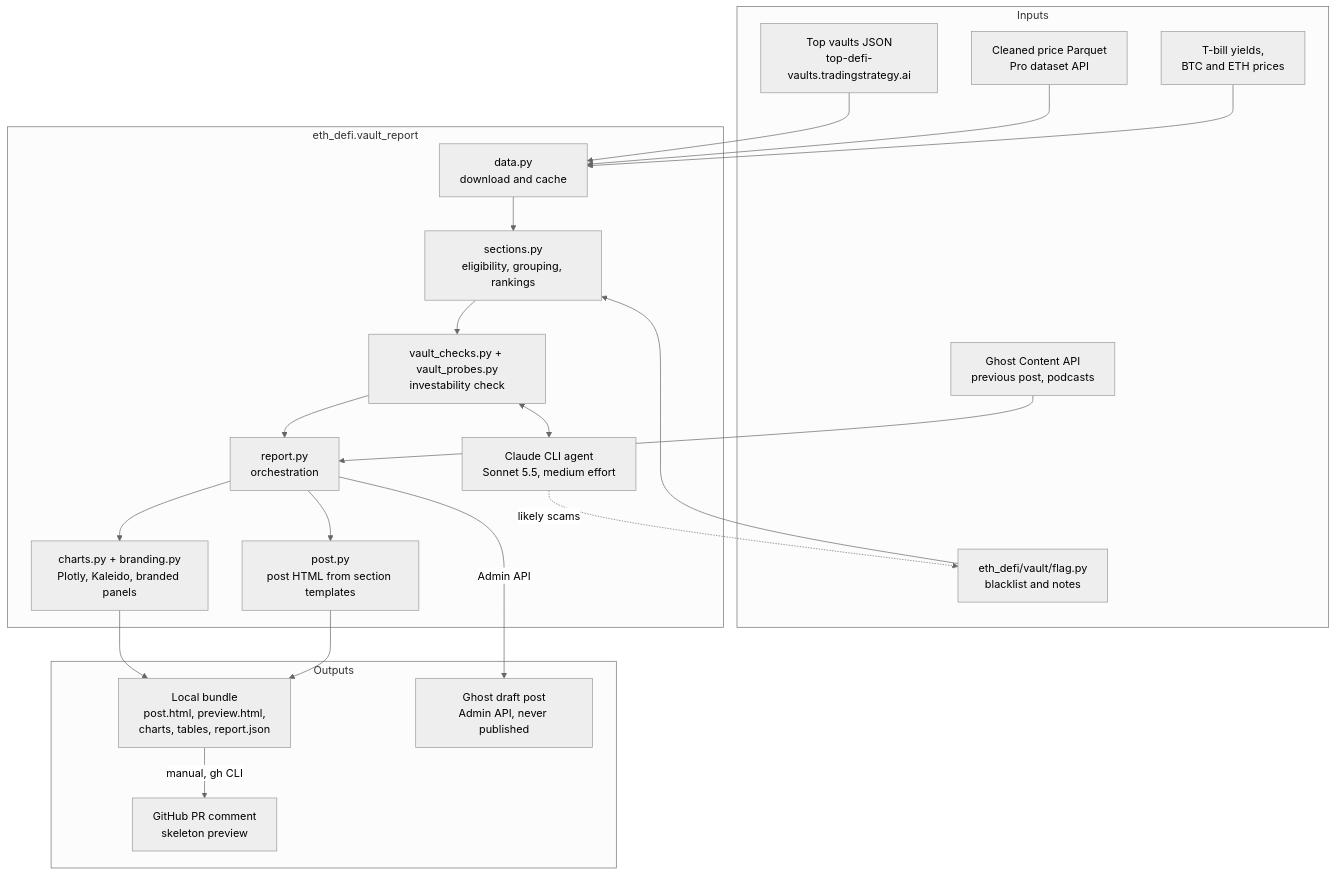
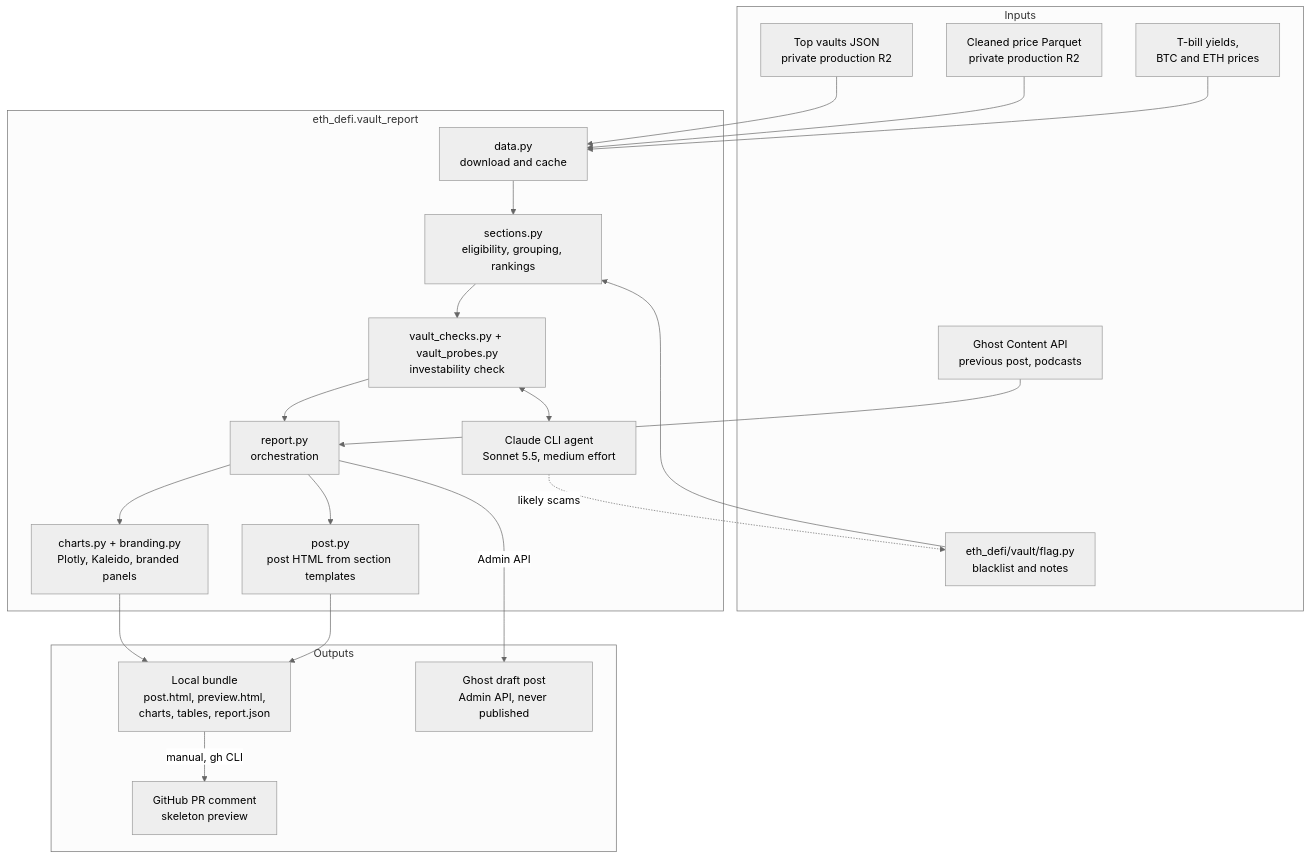
Before and after one commit to tradingstrategy-ai/web3-ethereum-defi: the diagram in eth_defi/vault_report/README-best-vaults-news.md, drawn with Mermaid (neutral theme). The commit also changed other lines of this file and 15 other files, not shown here.

````diff
--- a/eth_defi/vault_report/README-best-vaults-news.md
+++ b/eth_defi/vault_report/README-best-vaults-news.md
@@ -47,42 +47,42 @@
 ```mermaid
 flowchart TD
     subgraph Inputs
-        TV[Top vaults JSON<br/>top-defi-vaults.tradingstrategy.ai]
-        PQ[Cleaned price Parquet<br/>Pro dataset API]
+        TV[Top vaults JSON<br/>private production R2]
+        PQ[Cleaned price Parquet<br/>private production R2]
         BM[T-bill yields,<br/>BTC and ETH prices]
         GC[Ghost Content API<br/>previous post, podcasts]
         FL[eth_defi/vault/flag.py<br/>blacklist and notes]
     end
 
     subgraph Pipeline["eth_defi.vault_report"]
         DATA[data.py<br/>download and cache]
         SEC[sections.py<br/>eligibility, grouping, rankings]
         CHK[vault_checks.py + vault_probes.py<br/>investability check]
         AG[Claude CLI agent<br/>Sonnet 5.5, medium effort]
         CH[charts.py + branding.py<br/>Plotly, Kaleido, branded panels]
         POST[post.py<br/>post HTML from section templates]
         REP[report.py<br/>orchestration]
     end
 
     subgraph Outputs
         BUN[Local bundle<br/>post.html, preview.html,<br/>charts, tables, report.json]
         GH[Ghost draft post<br/>Admin API, never published]
         PR[GitHub PR comment<br/>skeleton preview]
     end
 
     TV --> DATA
     PQ --> DATA
     BM --> DATA
     GC --> REP
     FL --> SEC
     DATA --> SEC --> CHK
     CHK <--> AG
     AG -. likely scams .-> FL
     CHK --> REP
     REP --> CH
     REP --> POST
     CH --> BUN
     POST --> BUN
     REP -->|Admin API| GH
     BUN -->|manual, gh CLI| PR
 ```
````
